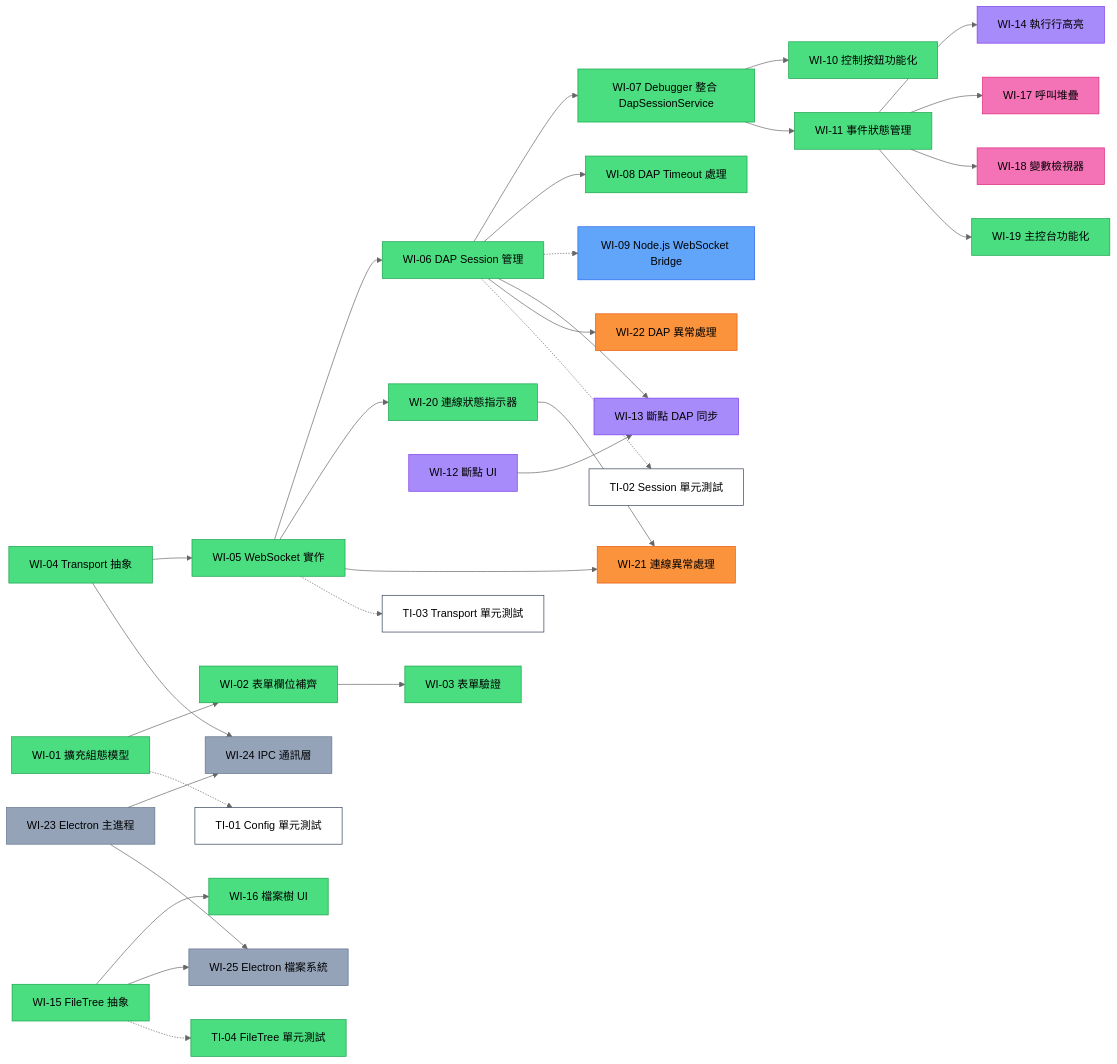
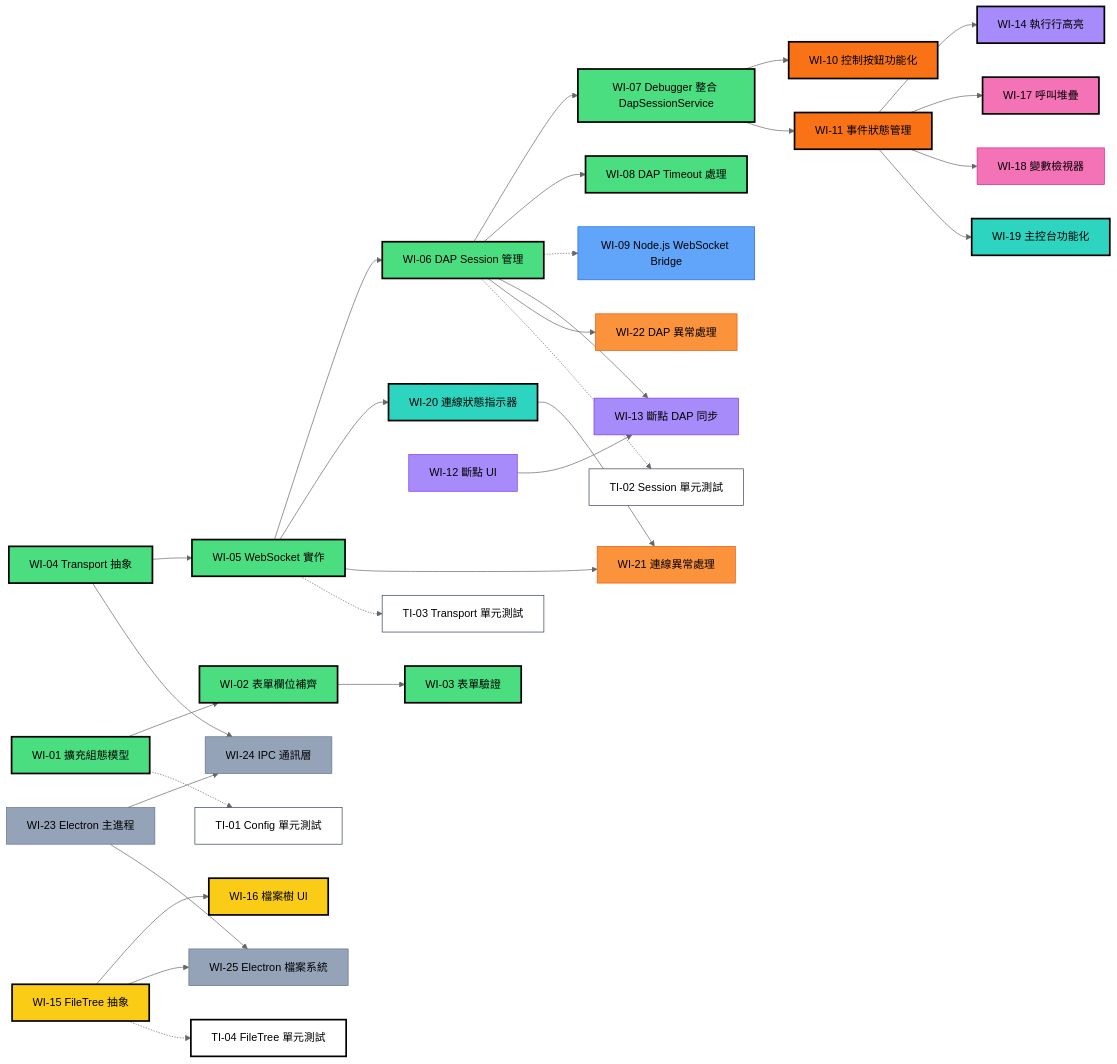
Before and after one commit to tangpo387-arch/taro-debugger: the diagram in docs/work-items.md, drawn with Mermaid (neutral theme). The commit also changed other lines of this file and 7 other files, not shown here.

````diff
--- a/docs/work-items.md
+++ b/docs/work-items.md
@@ -230,81 +210,81 @@
 ```mermaid
 graph LR
     WI01[WI-01 擴充組態模型] --> WI02[WI-02 表單欄位補齊]
     WI02 --> WI03[WI-03 表單驗證]
     
     WI04[WI-04 Transport 抽象] --> WI05[WI-05 WebSocket 實作]
     WI05 --> WI06[WI-06 DAP Session 管理]
     
     WI06 --> WI07[WI-07 Debugger 整合 DapSessionService]
     WI06 --> WI08[WI-08 DAP Timeout 處理]
 
     WI06 -.-> WI09[WI-09 Node.js WebSocket Bridge]
     
     WI07 --> WI10[WI-10 控制按鈕功能化]
     WI07 --> WI11[WI-11 事件狀態管理]
     
     WI12[WI-12 斷點 UI] --> WI13[WI-13 斷點 DAP 同步]
     WI06 --> WI13
     WI11 --> WI14[WI-14 執行行高亮]
     
     WI15[WI-15 FileTree 抽象] --> WI16[WI-16 檔案樹 UI]
     
     WI11 --> WI17[WI-17 呼叫堆疊]
     WI11 --> WI18[WI-18 變數檢視器]
     
     WI11 --> WI19[WI-19 主控台功能化]
     WI05 --> WI20[WI-20 連線狀態指示器]
     
     WI05 --> WI21[WI-21 連線異常處理]
     WI20 --> WI21
     WI06 --> WI22[WI-22 DAP 異常處理]
     
     WI23[WI-23 Electron 主進程] --> WI24[WI-24 IPC 通訊層]
     WI04 --> WI24
     WI23 --> WI25[WI-25 Electron 檔案系統]
     WI15 --> WI25
 
     WI01 -.-> TI01[TI-01 Config 單元測試]
     WI06 -.-> TI02[TI-02 Session 單元測試]
     WI05 -.-> TI03[TI-03 Transport 單元測試]
     WI15 -.-> TI04[TI-04 FileTree 單元測試]
 
-    style WI01 fill:#4ade80,stroke:#16a34a
-    style WI02 fill:#4ade80,stroke:#16a34a
-    style WI03 fill:#4ade80,stroke:#16a34a
-    style WI04 fill:#4ade80,stroke:#16a34a
-    style WI05 fill:#4ade80,stroke:#16a34a
-    style WI06 fill:#4ade80,stroke:#16a34a
+    style WI01 fill:#4ade80,stroke:#000,stroke-width:2.5px
+    style WI02 fill:#4ade80,stroke:#000,stroke-width:2.5px
+    style WI03 fill:#4ade80,stroke:#000,stroke-width:2.5px
+    style WI04 fill:#4ade80,stroke:#000,stroke-width:2.5px
+    style WI05 fill:#4ade80,stroke:#000,stroke-width:2.5px
+    style WI06 fill:#4ade80,stroke:#000,stroke-width:2.5px
 
-    style WI07 fill:#4ade80,stroke:#16a34a
-    style WI08 fill:#4ade80,stroke:#16a34a
+    style WI07 fill:#4ade80,stroke:#000,stroke-width:2.5px
+    style WI08 fill:#4ade80,stroke:#000,stroke-width:2.5px
     style WI09 fill:#60a5fa,stroke:#2563eb
 
-    style WI10 fill:#4ade80,stroke:#16a34a
-    style WI11 fill:#4ade80,stroke:#16a34a
+    style WI10 fill:#f97316,stroke:#000,stroke-width:2.5px
+    style WI11 fill:#f97316,stroke:#000,stroke-width:2.5px
 
     style WI12 fill:#a78bfa,stroke:#7c3aed
     style WI13 fill:#a78bfa,stroke:#7c3aed
-    style WI14 fill:#a78bfa,stroke:#7c3aed
+    style WI14 fill:#a78bfa,stroke:#000,stroke-width:2.5px
 
-    style WI15 fill:#4ade80,stroke:#16a34a
-    style WI16 fill:#4ade80,stroke:#16a34a
+    style WI15 fill:#facc15,stroke:#000,stroke-width:2.5px
+    style WI16 fill:#facc15,stroke:#000,stroke-width:2.5px
 
-    style WI17 fill:#f472b6,stroke:#db2777
+    style WI17 fill:#f472b6,stroke:#000,stroke-width:2.5px
     style WI18 fill:#f472b6,stroke:#db2777
 
-    style WI19 fill:#4ade80,stroke:#16a34a
-    style WI20 fill:#4ade80,stroke:#16a34a
+    style WI19 fill:#2dd4bf,stroke:#000,stroke-width:2.5px
+    style WI20 fill:#2dd4bf,stroke:#000,stroke-width:2.5px
 
     style WI21 fill:#fb923c,stroke:#ea580c
     style WI22 fill:#fb923c,stroke:#ea580c
 
     style WI23 fill:#94a3b8,stroke:#64748b
     style WI24 fill:#94a3b8,stroke:#64748b
     style WI25 fill:#94a3b8,stroke:#64748b
 
     style TI01 fill:#ffffff,stroke:#334155
     style TI02 fill:#ffffff,stroke:#334155
     style TI03 fill:#ffffff,stroke:#334155
-    style TI04 fill:#4ade80,stroke:#16a34a
+    style TI04 fill:#ffffff,stroke:#000,stroke-width:2.5px
 ```
````
